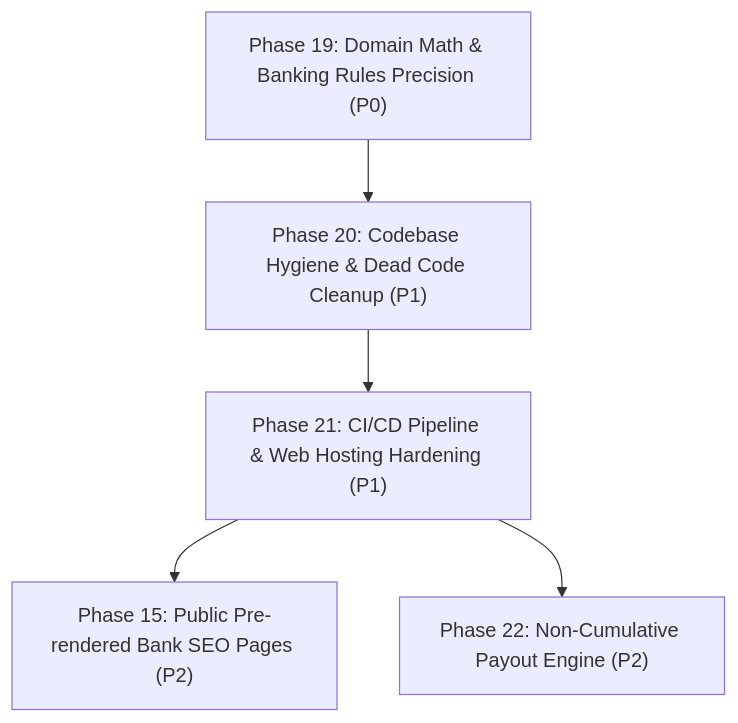
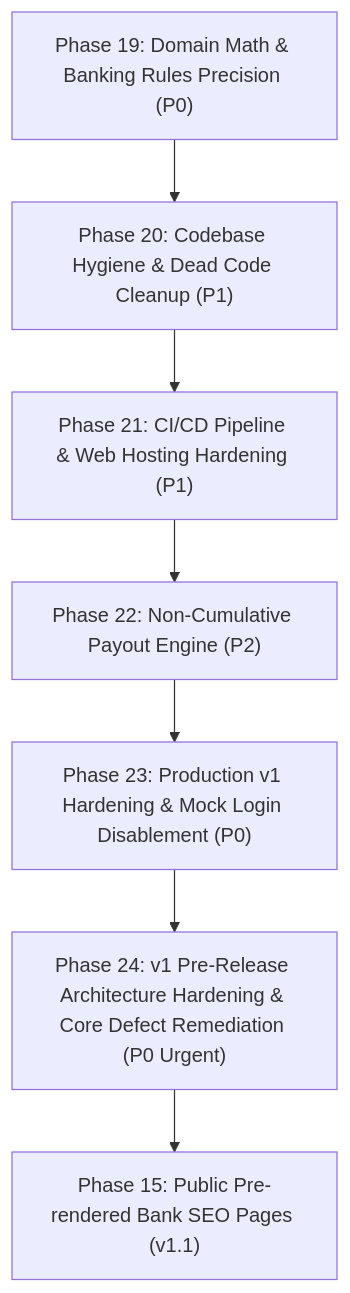
Before and after one commit to veerendrageddam/Bharat-Fixed-Yield: the second of 2 diagrams in context.md, drawn with Mermaid. The commit also changed other lines of this file and 1 other file, not shown here.

Commit message:
feat: document Phase 24 pre-release architecture hardening and core defect roadmap

````diff
--- a/context.md
+++ b/context.md
@@ -292,7 +292,9 @@
 ```mermaid
 flowchart TD
     P19["Phase 19: Domain Math & Banking Rules Precision (P0)"] --> P20["Phase 20: Codebase Hygiene & Dead Code Cleanup (P1)"]
     P20 --> P21["Phase 21: CI/CD Pipeline & Web Hosting Hardening (P1)"]
-    P21 --> P15["Phase 15: Public Pre-rendered Bank SEO Pages (P2)"]
     P21 --> P22["Phase 22: Non-Cumulative Payout Engine (P2)"]
+    P22 --> P23["Phase 23: Production v1 Hardening & Mock Login Disablement (P0)"]
+    P23 --> P24["Phase 24: v1 Pre-Release Architecture Hardening & Core Defect Remediation (P0 Urgent)"]
+    P24 --> P15["Phase 15: Public Pre-rendered Bank SEO Pages (v1.1)"]
 ```
````
